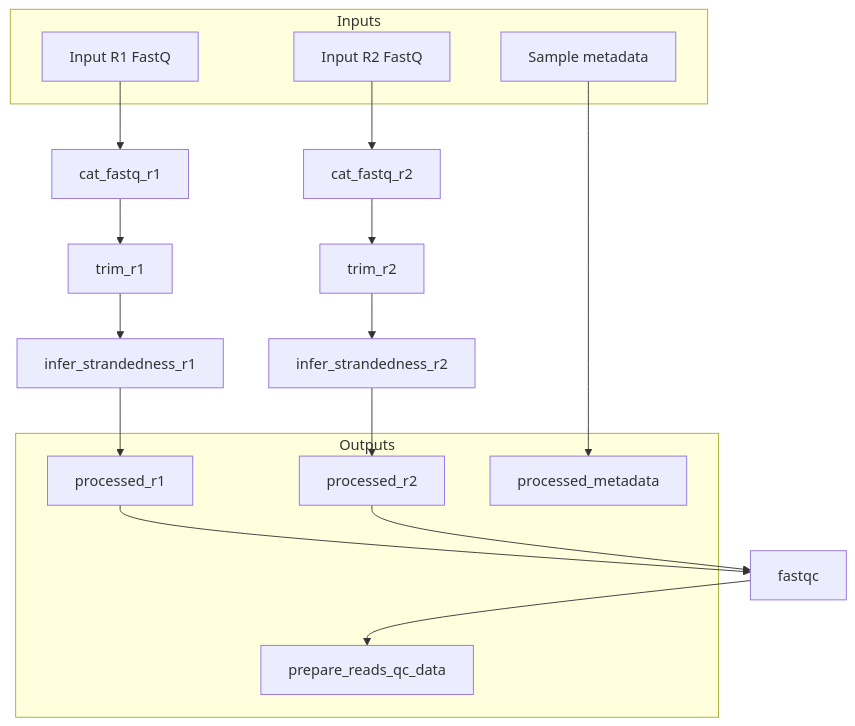
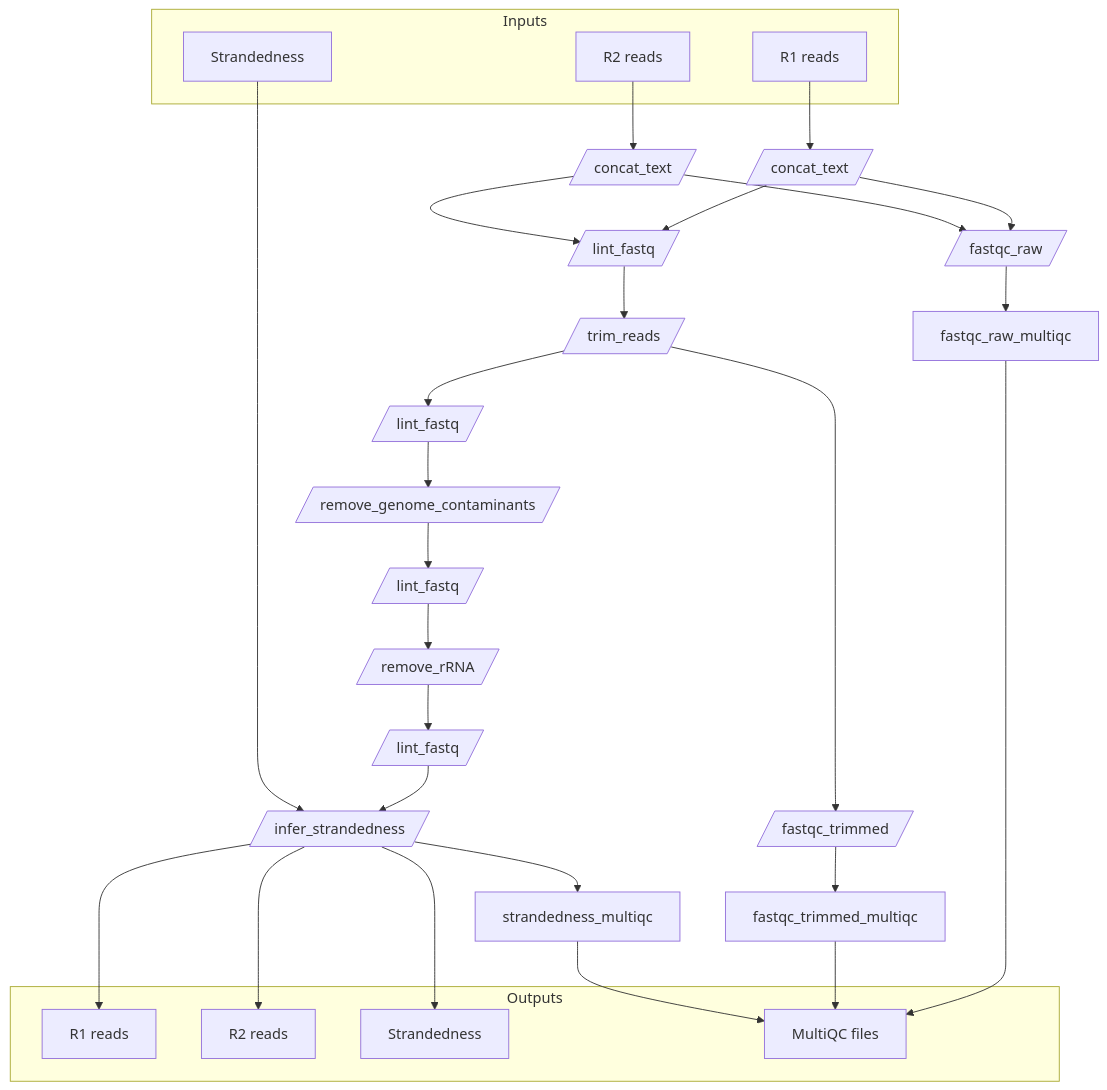
The third of 3 diagrams in README.md (viash-hub/rnaseq), drawn with Mermaid before and after one commit. The commit also changed 1 other file, not shown here.

Commit message:
update mermaid

````diff
--- a/README.md
+++ b/README.md
@@ -120,25 +120,31 @@
 ``` mermaid
 flowchart TB
 
   subgraph inputs[Inputs]
-    input_r1[Input R1 FastQ]
-    input_r2[Input R2 FastQ]
-    sample_metadata[Sample metadata]
+    input_r1[R1 reads]
+    input_r2[R2 reads]
+    input_strandedness[Strandedness]
   end
 
-  input_r1 --> cat_fastq_r1 --> trim_r1 --> infer_strandedness_r1 --> processed_r1
-  input_r2 --> cat_fastq_r2 --> trim_r2 --> infer_strandedness_r2 --> processed_r2
+  input_r1 --> concat_text_r1[/concat_text/]:::comp
+  input_r2 --> concat_text_r2[/concat_text/]:::comp
+  concat_text_r1 & concat_text_r2 --> lint_fastq1[/lint_fastq/]:::comp --> trim_reads[/trim_reads/]:::comp --> lint_fastq2[/lint_fastq/]:::comp --> remove_genome_contaminants[/remove_genome_contaminants/]:::comp --> lint_fastq3[/lint_fastq/]:::comp --> remove_rRNA[/remove_rRNA/]:::comp --> lint_fastq4[/lint_fastq/]:::comp --> infer_strandedness[/infer_strandedness/]:::comp --> processed_r1 & processed_r2 & output_strandedness
 
-  processed_r1 & processed_r2 --> fastqc --> prepare_reads_qc_data
+  input_strandedness --> infer_strandedness
+  
 
-  sample_metadata --> processed_metadata
+  concat_text_r1 & concat_text_r2 --> fastqc_raw[/fastqc_raw/]:::comp --> fastqc_raw_multiqc
+  trim_reads --> fastqc_trimmed[/fastqc_trimmed/]:::comp --> fastqc_trimmed_multiqc
+  infer_strandedness --> strandedness_multiqc
+  fastqc_raw_multiqc & fastqc_trimmed_multiqc & strandedness_multiqc --> prepare_reads_multiqc
+
 
   subgraph outputs[Outputs]
-    processed_r1
-    processed_r2
-    processed_metadata
-    prepare_reads_qc_data
+    processed_r1[R1 reads]
+    processed_r2[R2 reads]
+    output_strandedness[Strandedness]
+    prepare_reads_multiqc[MultiQC files]
   end
 
   classDef info stroke-dasharray: 4 4
 ```
````
